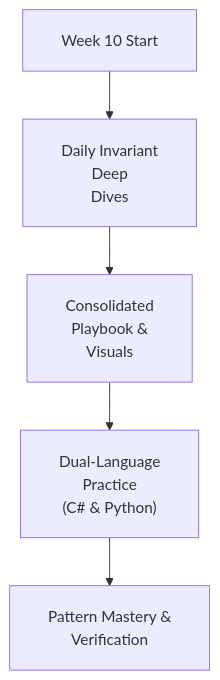
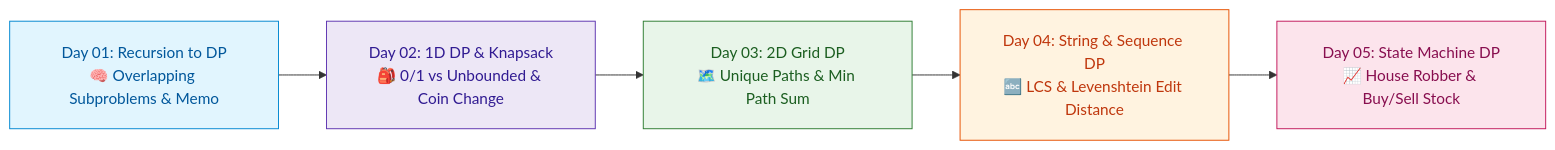
The diagram in week_10_dynamic_programming_i_fundamentals/README.md (dip4k/DSA_102), drawn with Mermaid before and after one commit. The commit also changed other lines of this file and 147 other files, not shown here.

First line of the commit message:
feat(curriculum): enrich Weeks 01-19 instructional modules & resolve repository-wide Mermaid cutoff

````diff
--- a/week_10_dynamic_programming_i_fundamentals/README.md
+++ b/week_10_dynamic_programming_i_fundamentals/README.md
@@ -16,8 +15,14 @@
 ```mermaid
 %%{init: {"flowchart": {"htmlLabels": true, "padding": 20}, "themeCSS": "foreignObject { overflow: visible !important; }"}}%%
-flowchart TD
-    Start["Week 10 Start"] --> Daily["Daily Invariant<br/>Deep<br/>Dives"]
-    Daily --> Playbook["Consolidated<br/>Playbook &<br/>Visuals"]
-    Playbook --> DualLang["Dual-Language<br/>Practice<br/>(C# & Python)"]
-    DualLang --> Mastery["Pattern Mastery &<br/>Verification"]
+flowchart LR
+    D1["Day 01: Recursion to DP<br/>🧠 Overlapping Subproblems & Memo"] --> D2["Day 02: 1D DP & Knapsack<br/>🎒 0/1 vs Unbounded & Coin Change"]
+    D2 --> D3["Day 03: 2D Grid DP<br/>🗺️ Unique Paths & Min Path Sum"]
+    D3 --> D4["Day 04: String & Sequence DP<br/>🔤 LCS & Levenshtein Edit Distance"]
+    D4 --> D5["Day 05: State Machine DP<br/>📈 House Robber & Buy/Sell Stock"]
+
+    style D1 fill:#e1f5fe,stroke:#0288d1,color:#01579b
+    style D2 fill:#ede7f6,stroke:#5e35b1,color:#311b92
+    style D3 fill:#e8f5e9,stroke:#2e7d32,color:#1b5e20
+    style D4 fill:#fff3e0,stroke:#e65100,color:#bf360c
+    style D5 fill:#fce4ec,stroke:#c2185b,color:#880e4f
 ```
````
